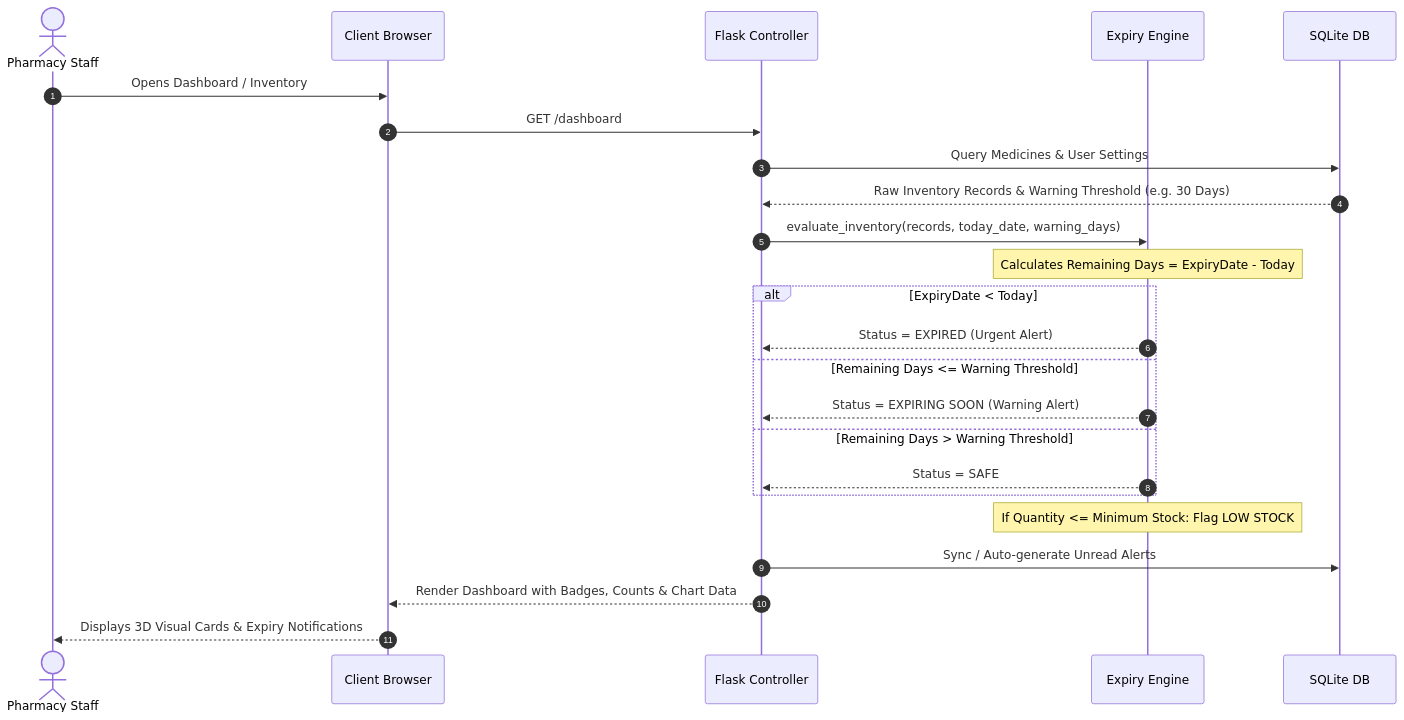
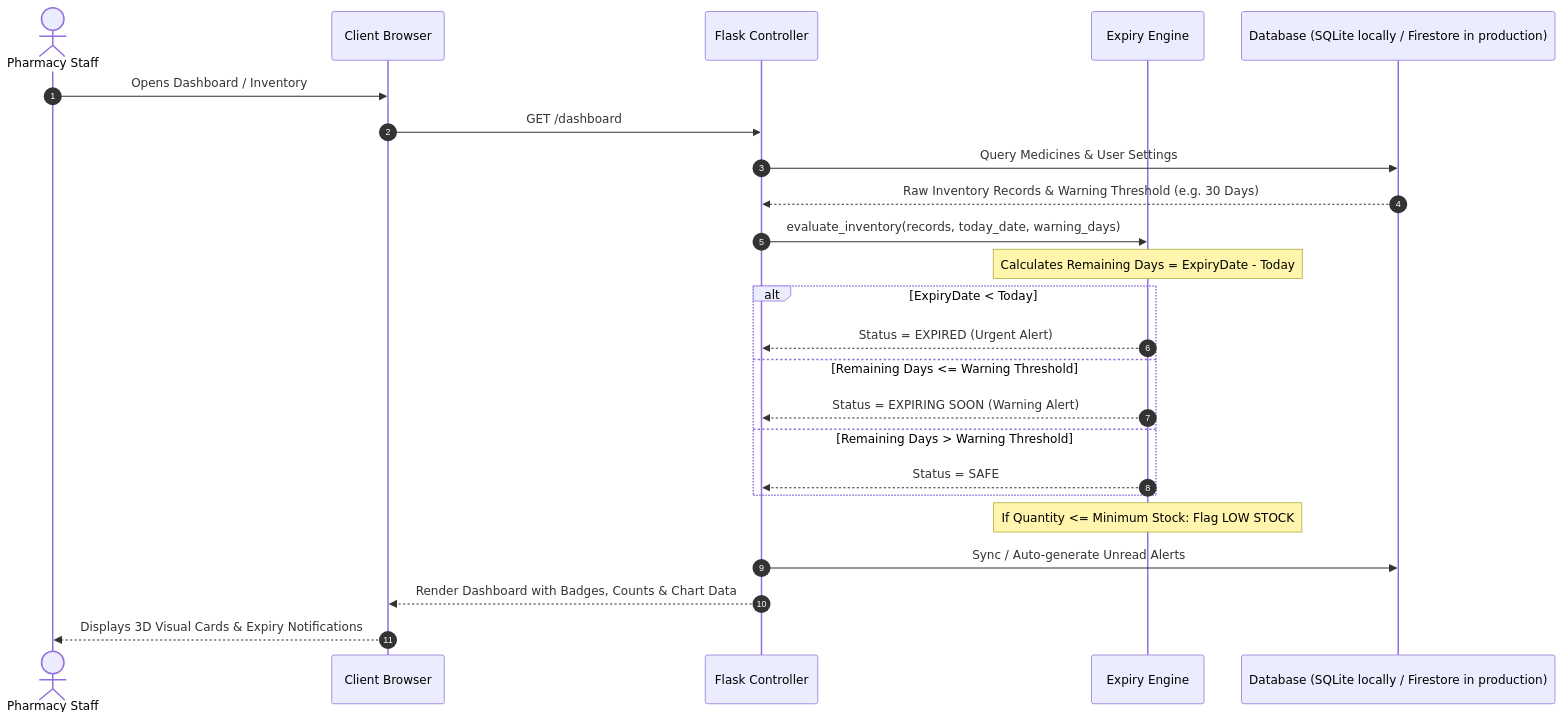
One commit to shubham285-tech/medic changed the third of 3 diagrams in Architecture.md. Above: the diagram before and after it, drawn with Mermaid. The commit also changed other lines of this file and 8 other files, not shown here.

First line of the commit message:
Migrate production persistence to Firebase Firestore

````diff
--- a/Architecture.md
+++ b/Architecture.md
@@ -160,27 +162,27 @@
 ```mermaid
 sequenceDiagram
     autonumber
     actor User as Pharmacy Staff
     participant Browser as Client Browser
     participant Flask as Flask Controller
     participant Engine as Expiry Engine
-    participant DB as SQLite DB
+    participant DB as Database (SQLite locally / Firestore in production)
 
     User->>Browser: Opens Dashboard / Inventory
     Browser->>Flask: GET /dashboard
     Flask->>DB: Query Medicines & User Settings
     DB-->>Flask: Raw Inventory Records & Warning Threshold (e.g. 30 Days)
     Flask->>Engine: evaluate_inventory(records, today_date, warning_days)
     Note over Engine: Calculates Remaining Days = ExpiryDate - Today
     alt ExpiryDate < Today
         Engine-->>Flask: Status = EXPIRED (Urgent Alert)
     else Remaining Days <= Warning Threshold
         Engine-->>Flask: Status = EXPIRING SOON (Warning Alert)
     else Remaining Days > Warning Threshold
         Engine-->>Flask: Status = SAFE
     end
     Note over Engine: If Quantity <= Minimum Stock: Flag LOW STOCK
     Flask->>DB: Sync / Auto-generate Unread Alerts
     Flask-->>Browser: Render Dashboard with Badges, Counts & Chart Data
     Browser-->>User: Displays 3D Visual Cards & Expiry Notifications
 ```
````
